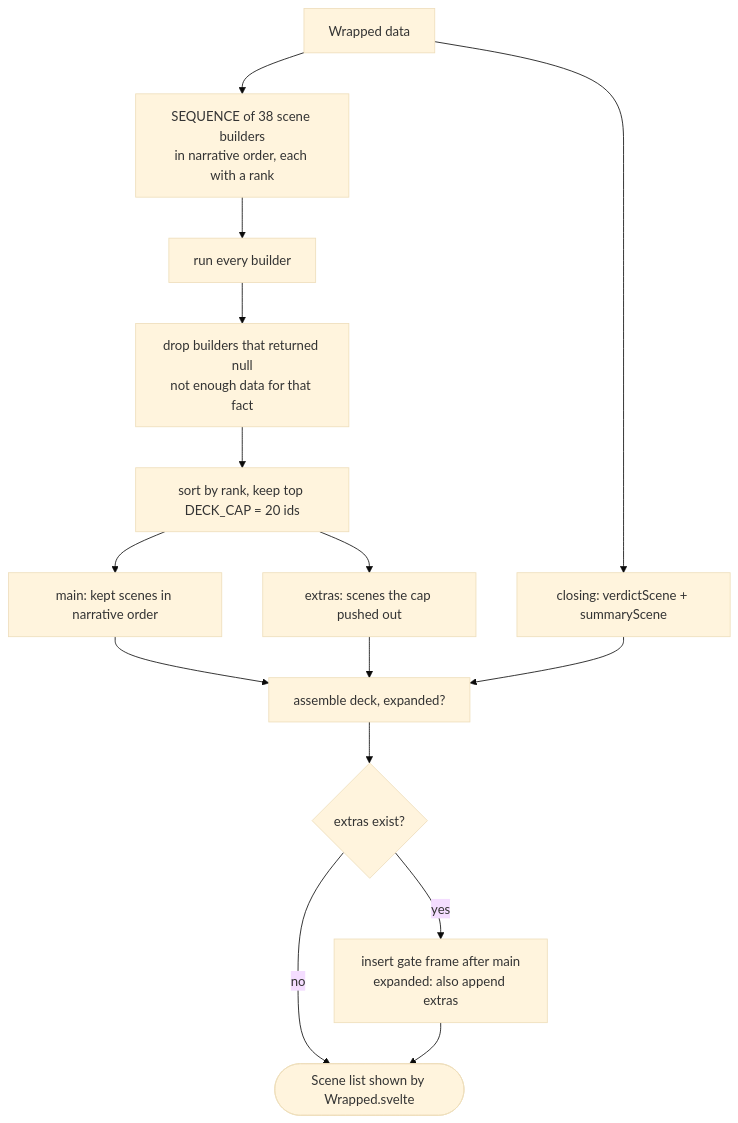
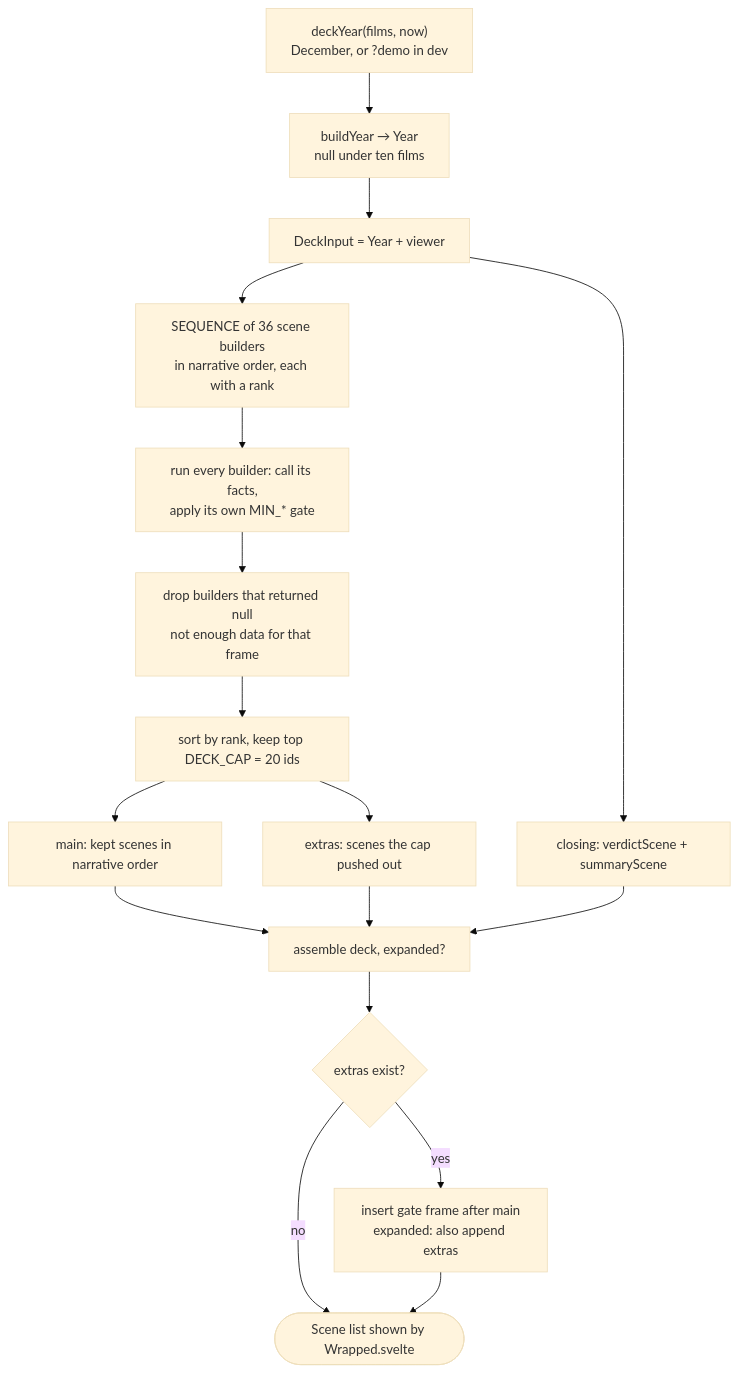
Diagram 21 of 26 in docs/ARCHITECTURE.md (LaurinSorgend/letterboxd-vizard), drawn with Mermaid (base theme) before and after one commit. The commit also changed other lines of this file and 319 other files, not shown here.

````diff
--- a/docs/ARCHITECTURE.md
+++ b/docs/ARCHITECTURE.md
@@ -1095,17 +1285,19 @@
 ```mermaid
 flowchart TD
-    w[Wrapped data] --> s[SEQUENCE of 38 scene builders<br/>in narrative order, each with a rank]
-    s --> b[run every builder]
-    b --> nn[drop builders that returned null<br/>not enough data for that fact]
+    y["deckYear(films, now)<br/>December, or ?demo in dev"] --> by["buildYear → Year<br/>null under ten films"]
+    by --> w["DeckInput = Year + viewer"]
+    w --> s[SEQUENCE of 36 scene builders<br/>in narrative order, each with a rank]
+    s --> b[run every builder: call its facts,<br/>apply its own MIN_* gate]
+    b --> nn[drop builders that returned null<br/>not enough data for that frame]
     nn --> sort[sort by rank, keep top DECK_CAP = 20 ids]
     sort --> main[main: kept scenes in narrative order]
     sort --> extras[extras: scenes the cap pushed out]
     w --> close[closing: verdictScene + summaryScene]
     main --> asm[assemble deck, expanded?]
     extras --> asm
     close --> asm
     asm --> g{extras exist?}
     g -- yes --> gate[insert gate frame after main<br/>expanded: also append extras]
     g -- no --> out
     gate --> out([Scene list shown by Wrapped.svelte])
 ```
````
